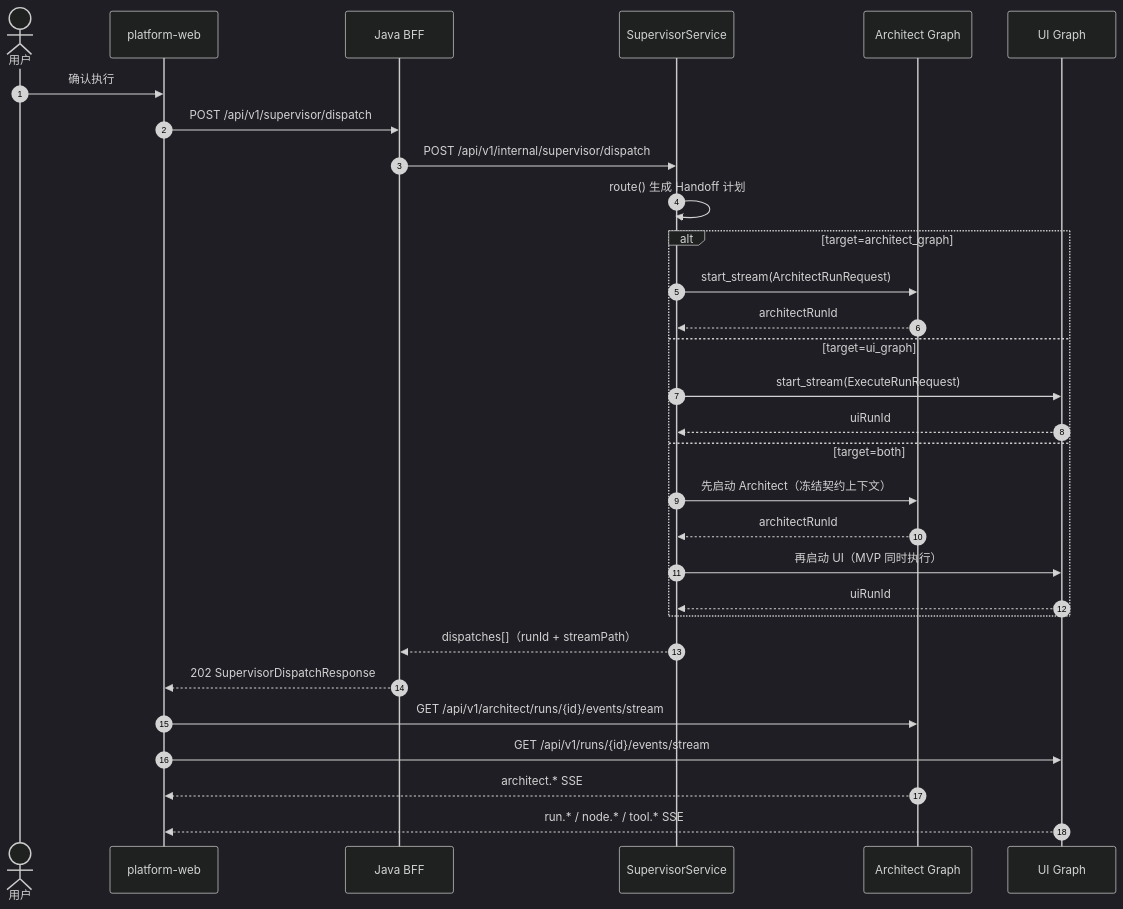
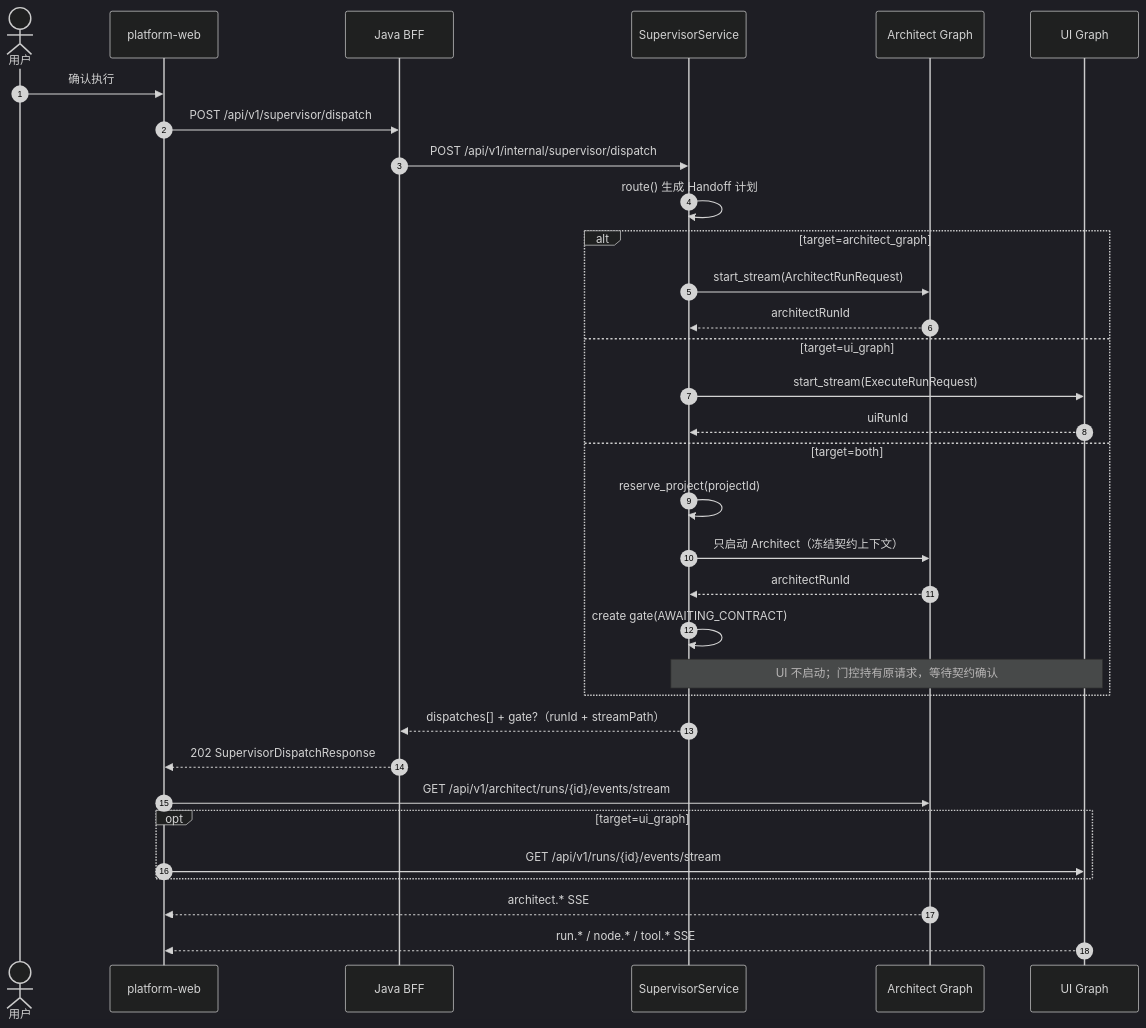
Before and after one commit to Cai199999/vibe-platform: the fourth of 8 diagrams in docs/design/05.Supervisor_Multi_Agent.md, drawn with Mermaid (dark theme). The commit also changed other lines of this file and 25 other files, not shown here.

````diff
--- a/docs/design/05.Supervisor_Multi_Agent.md
+++ b/docs/design/05.Supervisor_Multi_Agent.md
@@ -180,33 +189,36 @@
 ```mermaid
 sequenceDiagram
     autonumber
     actor U as 用户
     participant W as platform-web
     participant B as Java BFF
     participant S as SupervisorService
     participant A as Architect Graph
     participant G as UI Graph
 
     U->>W: 确认执行
     W->>B: POST /api/v1/supervisor/dispatch
     B->>S: POST /api/v1/internal/supervisor/dispatch
     S->>S: route() 生成 Handoff 计划
     alt target=architect_graph
         S->>A: start_stream(ArchitectRunRequest)
         A-->>S: architectRunId
     else target=ui_graph
         S->>G: start_stream(ExecuteRunRequest)
         G-->>S: uiRunId
     else target=both
-        S->>A: 先启动 Architect（冻结契约上下文）
+        S->>S: reserve_project(projectId)
+        S->>A: 只启动 Architect（冻结契约上下文）
         A-->>S: architectRunId
-        S->>G: 再启动 UI（MVP 同时执行）
-        G-->>S: uiRunId
+        S->>S: create gate(AWAITING_CONTRACT)
+        Note over S,G: UI 不启动；门控持有原请求，等待契约确认
     end
-    S-->>B: dispatches[]（runId + streamPath）
+    S-->>B: dispatches[] + gate?（runId + streamPath）
     B-->>W: 202 SupervisorDispatchResponse
     W->>A: GET /api/v1/architect/runs/{id}/events/stream
-    W->>G: GET /api/v1/runs/{id}/events/stream
+    opt target=ui_graph
+        W->>G: GET /api/v1/runs/{id}/events/stream
+    end
     A-->>W: architect.* SSE
     G-->>W: run.* / node.* / tool.* SSE
 ```
````
